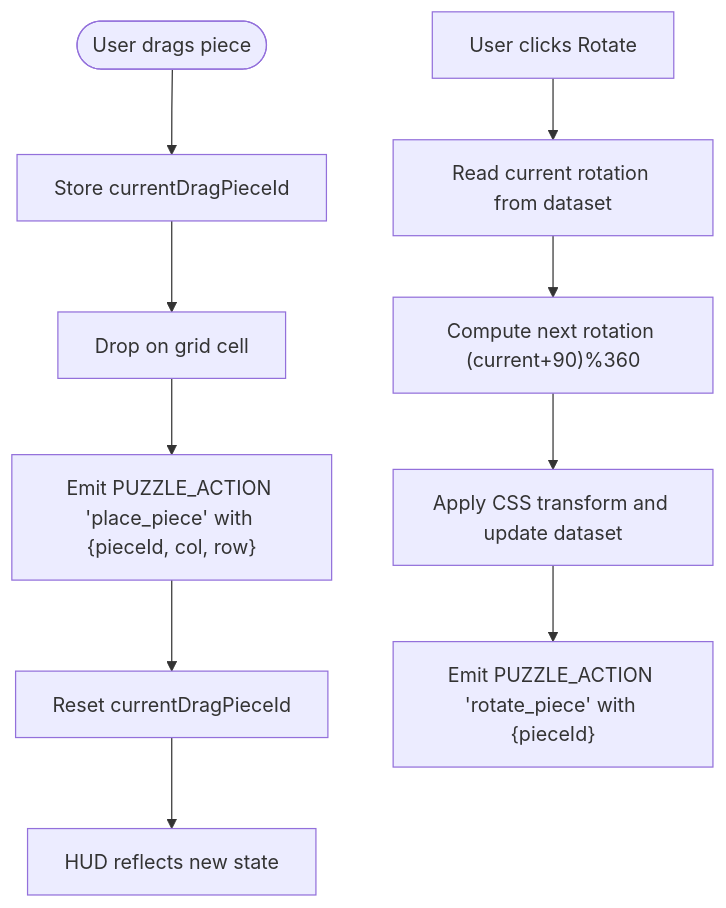
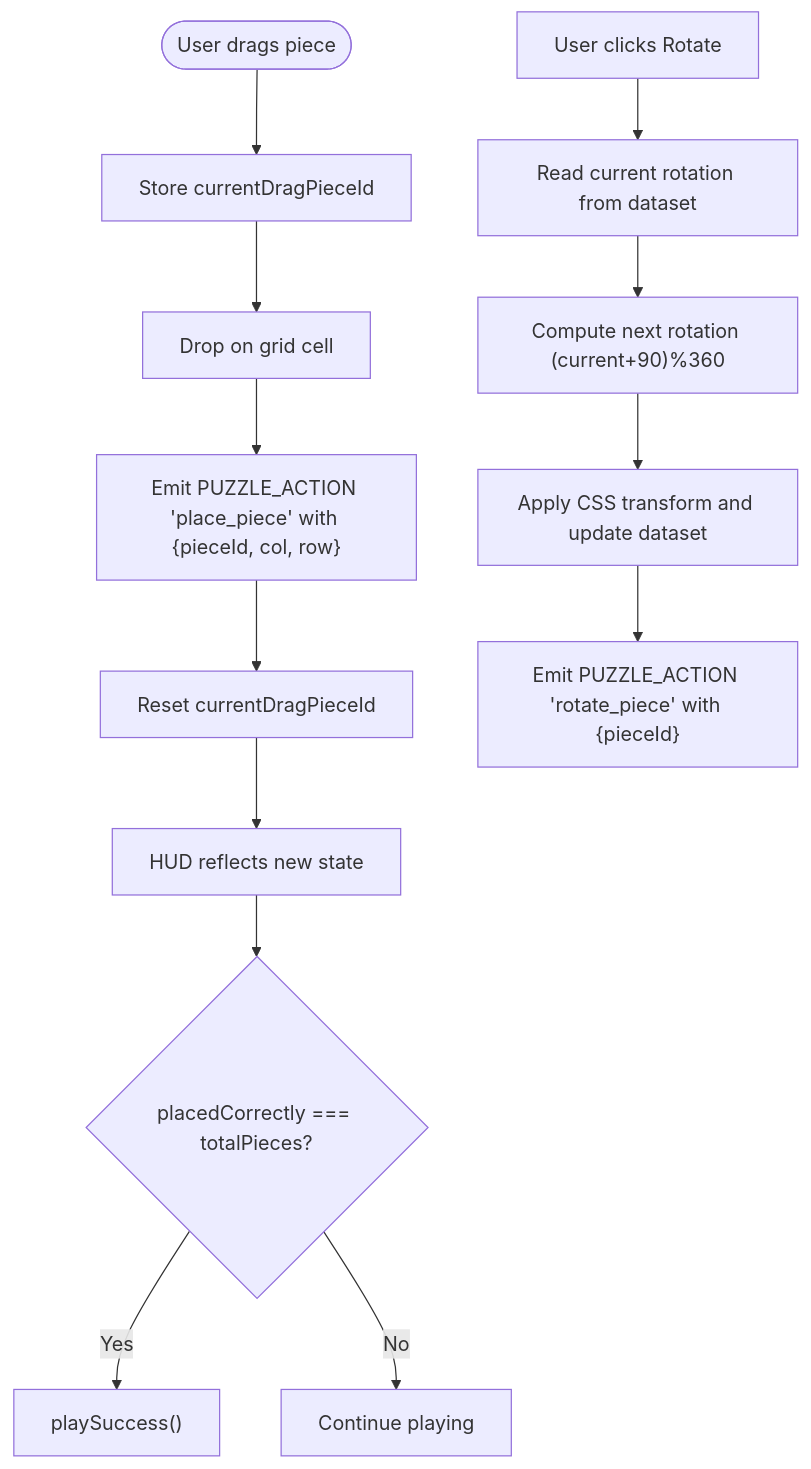
Before and after one commit to dkoukoul/escape-room-mvp: the third of 10 diagrams in .qoder/repowiki/en/content/Puzzle System/Collaborative Assembly Puzzle.md, drawn with Mermaid. The commit also changed other lines of this file and 21 other files, not shown here.

````diff
--- a/.qoder/repowiki/en/content/Puzzle System/Collaborative Assembly Puzzle.md
+++ b/.qoder/repowiki/en/content/Puzzle System/Collaborative Assembly Puzzle.md
@@ -158,12 +209,15 @@
 ```mermaid
 flowchart TD
 Start(["User drags piece"]) --> StoreDrag["Store currentDragPieceId"]
 StoreDrag --> Drop["Drop on grid cell"]
 Drop --> EmitPlace["Emit PUZZLE_ACTION 'place_piece' with {pieceId, col, row}"]
 EmitPlace --> ResetDrag["Reset currentDragPieceId"]
 ResetDrag --> UpdateHUD["HUD reflects new state"]
+UpdateHUD --> CheckComplete{"placedCorrectly === totalPieces?"}
+CheckComplete --> |Yes| PlaySuccess["playSuccess()"]
+CheckComplete --> |No| Continue["Continue playing"]
 RotateClick["User clicks Rotate"] --> GetRotation["Read current rotation from dataset"]
 GetRotation --> ComputeNext["Compute next rotation (current+90)%360"]
 ComputeNext --> ApplyTransform["Apply CSS transform and update dataset"]
 ApplyTransform --> EmitRotate["Emit PUZZLE_ACTION 'rotate_piece' with {pieceId}"]
 ```
````
